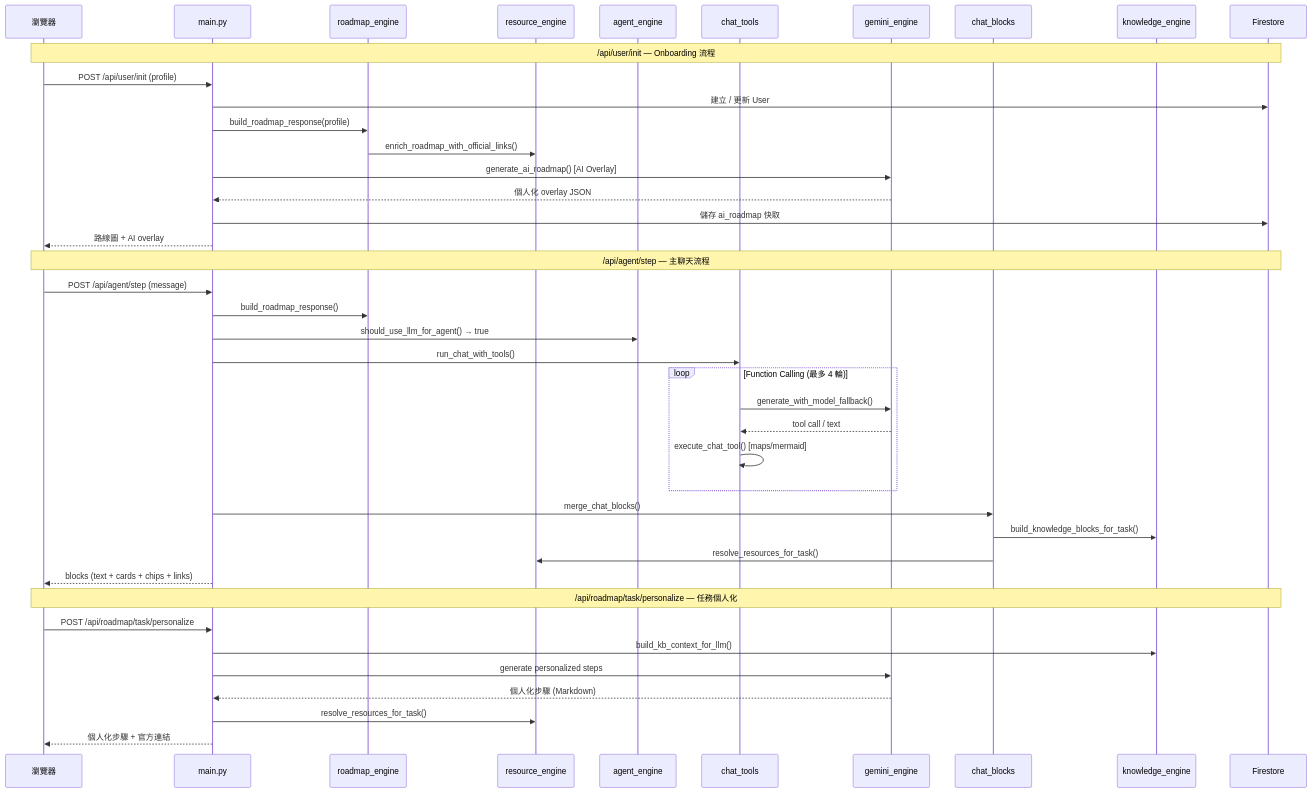
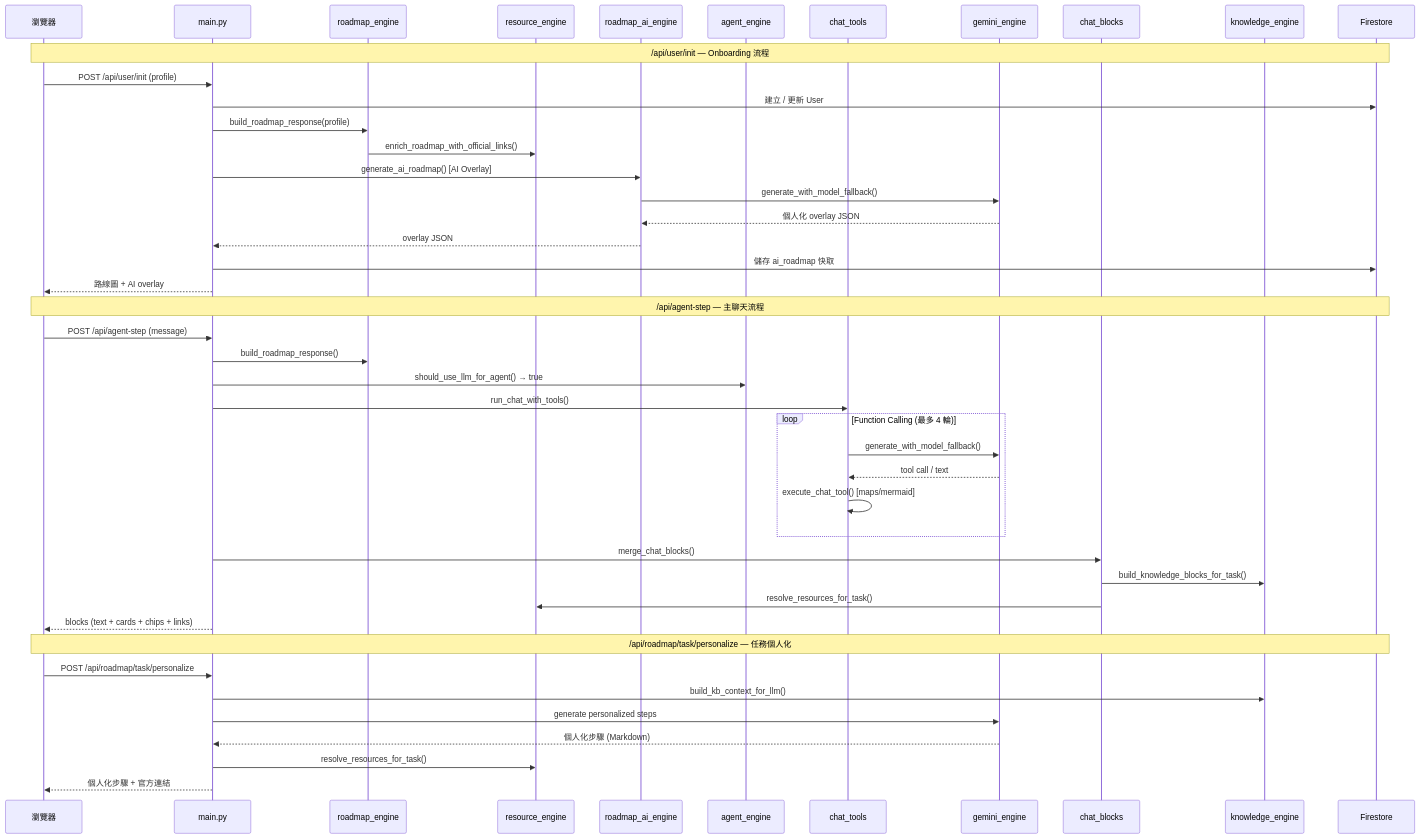
Before and after one commit to faetstoree/HARU: the third of 6 diagrams in ARCHITECTURE_ZH.md, drawn with Mermaid. The commit also changed other lines of this file, not shown here.

First line of the commit message:
docs: fix ARCHITECTURE_ZH.md — full accuracy audit

````diff
--- a/ARCHITECTURE_ZH.md
+++ b/ARCHITECTURE_ZH.md
@@ -127,49 +134,52 @@
 ```mermaid
 sequenceDiagram
     participant Browser as 瀏覽器
     participant main as main.py
     participant roadmap as roadmap_engine
     participant resource as resource_engine
+    participant roadmap_ai as roadmap_ai_engine
     participant agent as agent_engine
     participant chat as chat_tools
     participant gemini as gemini_engine
     participant blocks as chat_blocks
     participant knowledge as knowledge_engine
     participant db as Firestore
 
     Note over Browser,db: /api/user/init — Onboarding 流程
 
     Browser->>main: POST /api/user/init (profile)
     main->>db: 建立 / 更新 User
     main->>roadmap: build_roadmap_response(profile)
     roadmap->>resource: enrich_roadmap_with_official_links()
-    main->>gemini: generate_ai_roadmap() [AI Overlay]
-    gemini-->>main: 個人化 overlay JSON
+    main->>roadmap_ai: generate_ai_roadmap() [AI Overlay]
+    roadmap_ai->>gemini: generate_with_model_fallback()
+    gemini-->>roadmap_ai: 個人化 overlay JSON
+    roadmap_ai-->>main: overlay JSON
     main->>db: 儲存 ai_roadmap 快取
     main-->>Browser: 路線圖 + AI overlay
 
-    Note over Browser,db: /api/agent/step — 主聊天流程
+    Note over Browser,db: /api/agent-step — 主聊天流程
 
-    Browser->>main: POST /api/agent/step (message)
+    Browser->>main: POST /api/agent-step (message)
     main->>roadmap: build_roadmap_response()
     main->>agent: should_use_llm_for_agent() → true
     main->>chat: run_chat_with_tools()
     loop Function Calling (最多 4 輪)
         chat->>gemini: generate_with_model_fallback()
         gemini-->>chat: tool call / text
         chat->>chat: execute_chat_tool() [maps/mermaid]
     end
     main->>blocks: merge_chat_blocks()
     blocks->>knowledge: build_knowledge_blocks_for_task()
     blocks->>resource: resolve_resources_for_task()
     main-->>Browser: blocks (text + cards + chips + links)
 
     Note over Browser,db: /api/roadmap/task/personalize — 任務個人化
 
     Browser->>main: POST /api/roadmap/task/personalize
     main->>knowledge: build_kb_context_for_llm()
     main->>gemini: generate personalized steps
     gemini-->>main: 個人化步驟 (Markdown)
     main->>resource: resolve_resources_for_task()
     main-->>Browser: 個人化步驟 + 官方連結
 ```
````
